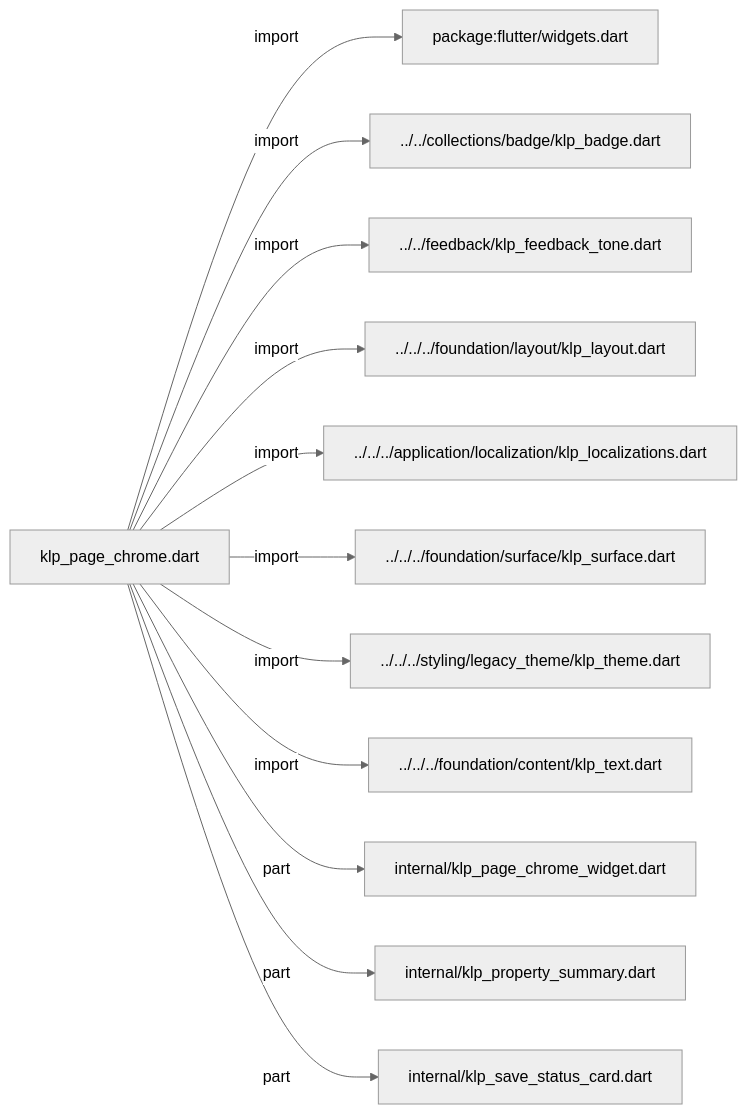
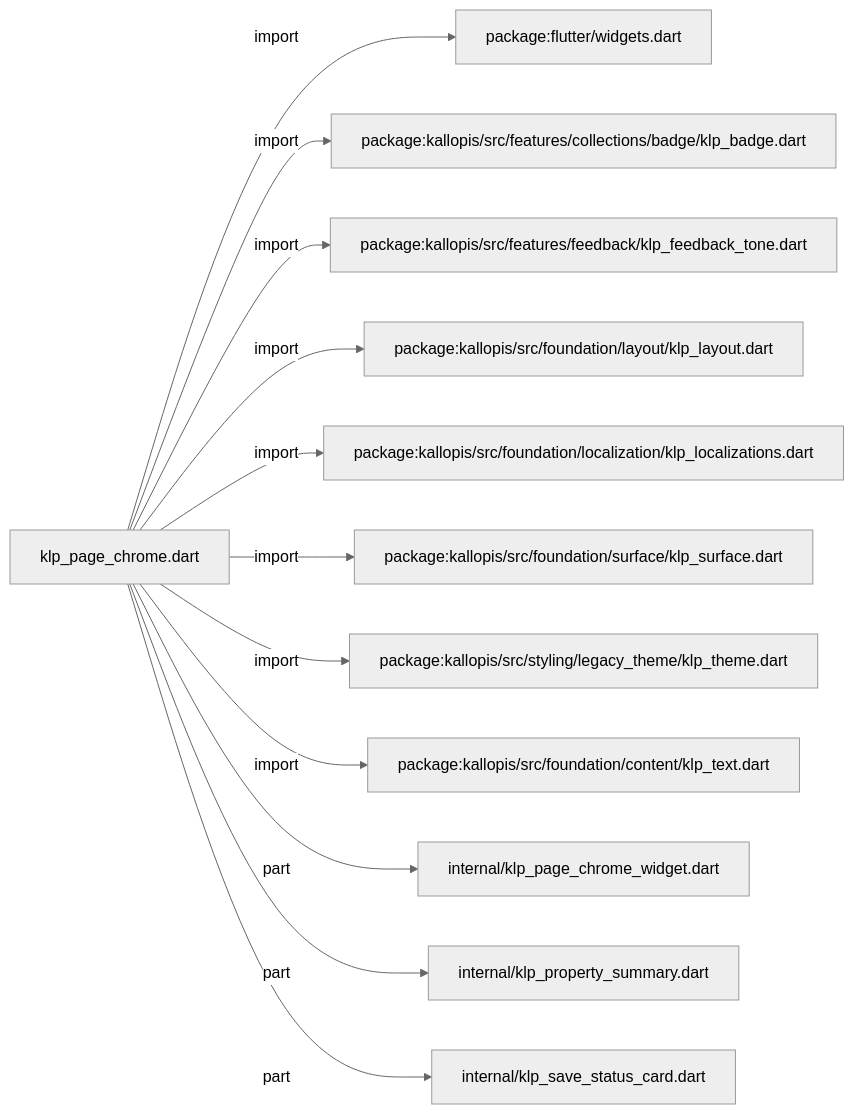
Before and after one commit to MiuDog/Kallopis: the first of 2 diagrams in docs/architecture/src/features/workspace/page_chrome/klp_page_chrome.md, drawn with Mermaid (neutral theme). The commit also changed other lines of this file and 9688 other files, not shown here.

Commit message:
Prepare isolated Flow F2 peer baseline

````diff
--- a/docs/architecture/src/features/workspace/page_chrome/klp_page_chrome.md
+++ b/docs/architecture/src/features/workspace/page_chrome/klp_page_chrome.md
@@ -11,26 +11,26 @@
 ```mermaid
 flowchart LR
 	n0["klp_page_chrome.dart"]
 	n1["package:flutter/widgets.dart"]
-	n2["../../collections/badge/klp_badge.dart"]
-	n3["../../feedback/klp_feedback_tone.dart"]
-	n4["../../../foundation/layout/klp_layout.dart"]
-	n5["../../../application/localization/klp_localizations.dart"]
-	n6["../../../foundation/surface/klp_surface.dart"]
-	n7["../../../styling/legacy_theme/klp_theme.dart"]
-	n8["../../../foundation/content/klp_text.dart"]
+	n2["package:kallopis/src/features/collections/badge/klp_badge.dart"]
+	n3["package:kallopis/src/features/feedback/klp_feedback_tone.dart"]
+	n4["package:kallopis/src/foundation/layout/klp_layout.dart"]
+	n5["package:kallopis/src/foundation/localization/klp_localizations.dart"]
+	n6["package:kallopis/src/foundation/surface/klp_surface.dart"]
+	n7["package:kallopis/src/styling/legacy_theme/klp_theme.dart"]
+	n8["package:kallopis/src/foundation/content/klp_text.dart"]
 	n9["internal/klp_page_chrome_widget.dart"]
 	n10["internal/klp_property_summary.dart"]
 	n11["internal/klp_save_status_card.dart"]
 	n0 -->|"import"| n1
 	n0 -->|"import"| n2
 	n0 -->|"import"| n3
 	n0 -->|"import"| n4
 	n0 -->|"import"| n5
 	n0 -->|"import"| n6
 	n0 -->|"import"| n7
 	n0 -->|"import"| n8
 	n0 -->|"part"| n9
 	n0 -->|"part"| n10
 	n0 -->|"part"| n11
 ```
````
